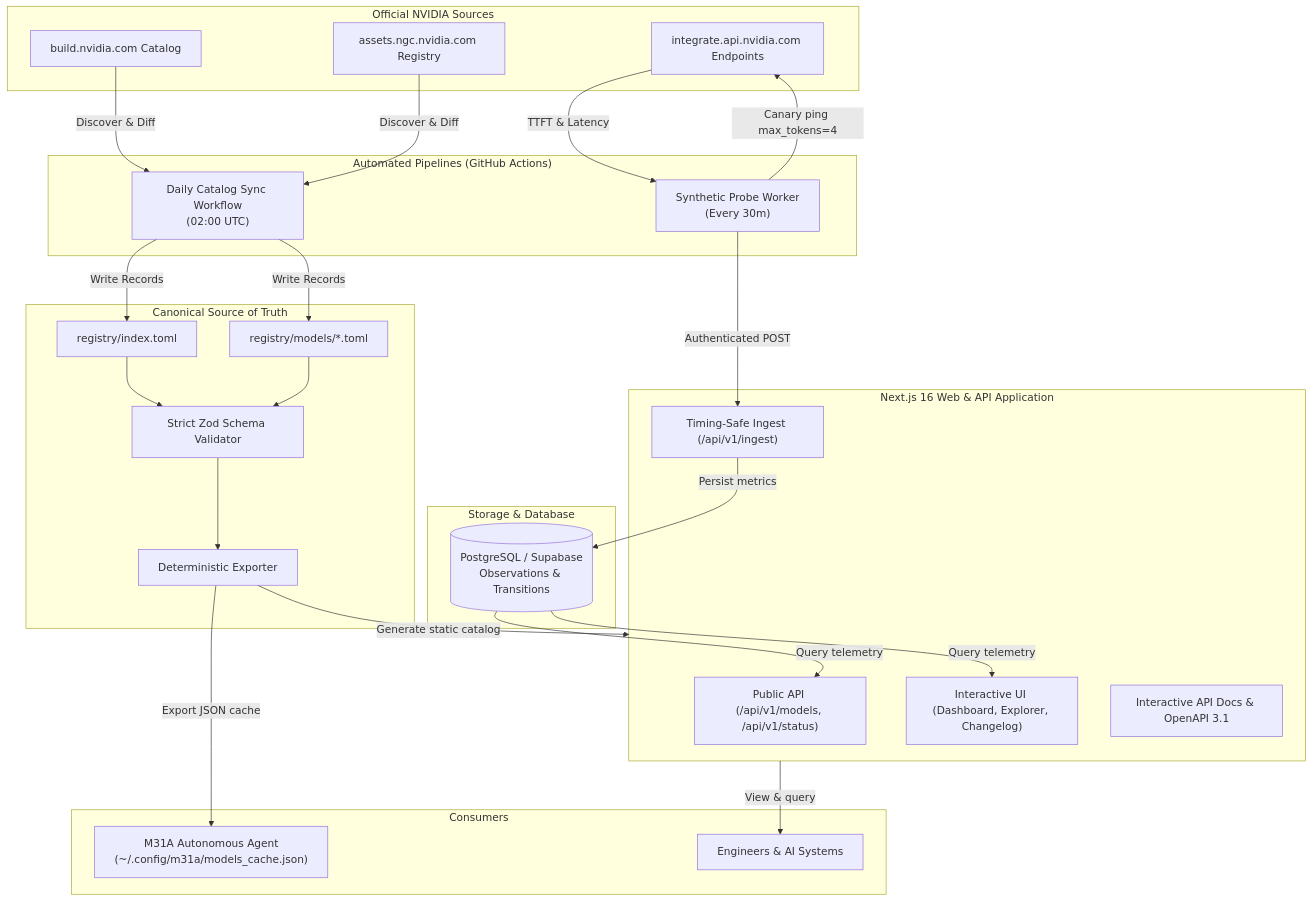
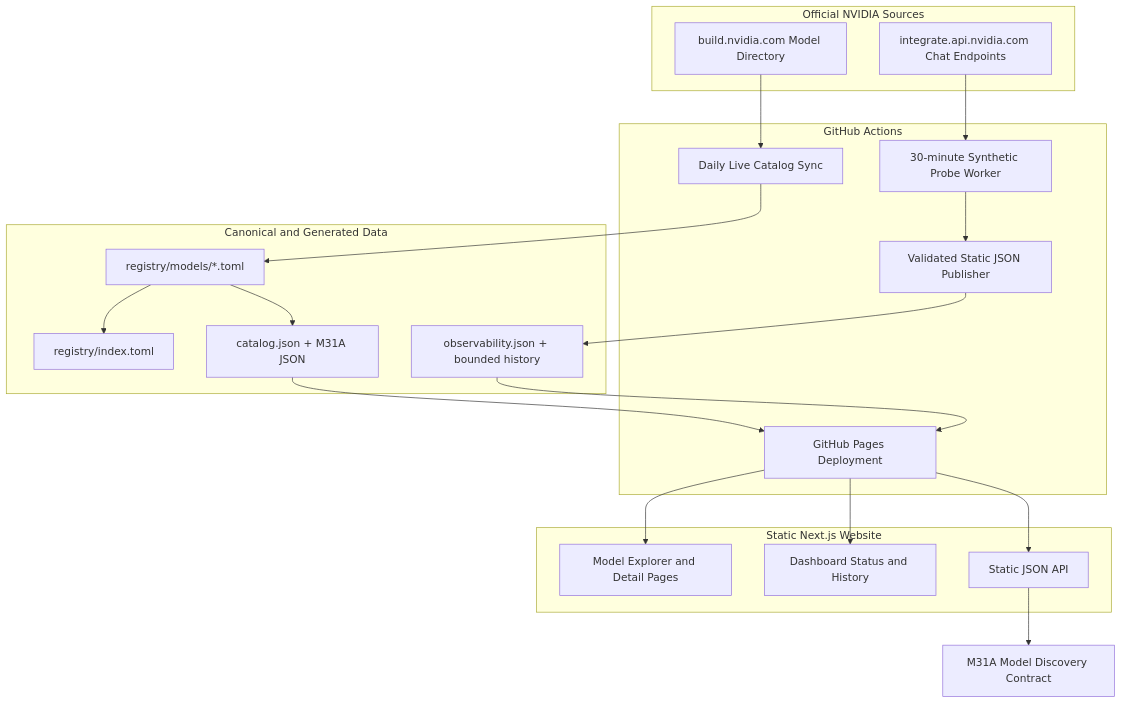
One commit to eshanized/models.m31a.tonmoyinfrastructure.org changed the diagram in README.md. Above: the diagram before and after it, drawn with Mermaid. The commit also changed other lines of this file, not shown here.

Commit message:
docs(readme): document GitHub Pages native monitoring flow

````diff
--- a/README.md
+++ b/README.md
@@ -75,49 +75,38 @@
 ```mermaid
 flowchart TD
     subgraph NVIDIA["Official NVIDIA Sources"]
-        N1["build.nvidia.com Catalog"]
-        N2["assets.ngc.nvidia.com Registry"]
-        N3["integrate.api.nvidia.com Endpoints"]
+        N1["build.nvidia.com Model Directory"]
+        N2["integrate.api.nvidia.com Chat Endpoints"]
     end
 
-    subgraph Pipeline["Automated Pipelines (GitHub Actions)"]
-        W1["Daily Catalog Sync Workflow\n(02:00 UTC)"]
-        W2["Synthetic Probe Worker\n(Every 30m)"]
+    subgraph Actions["GitHub Actions"]
+        W1["Daily Live Catalog Sync"]
+        W2["30-minute Synthetic Probe Worker"]
+        W3["Validated Static JSON Publisher"]
+        W4["GitHub Pages Deployment"]
     end
 
-    subgraph Registry["Canonical Source of Truth"]
-        R1["registry/index.toml"]
-        R2["registry/models/*.toml"]
-        V1["Strict Zod Schema Validator"]
-        E1["Deterministic Exporter"]
+    subgraph Registry["Canonical and Generated Data"]
+        R1["registry/models/*.toml"]
+        R2["registry/index.toml"]
+        J1["catalog.json + M31A JSON"]
+        J2["observability.json + bounded history"]
     end
 
-    subgraph Persistence["Storage & Database"]
-        DB[("PostgreSQL / Supabase\nObservations & Transitions")]
+    subgraph Site["Static Next.js Website"]
+        A1["Model Explorer and Detail Pages"]
+        A2["Dashboard Status and History"]
+        A3["Static JSON API"]
     end
 
-    subgraph Service["Next.js 16 Web & API Application"]
-        A1["Public API (/api/v1/models, /api/v1/status)"]
-        A2["Timing-Safe Ingest (/api/v1/ingest)"]
-        A3["Interactive UI (Dashboard, Explorer, Changelog)"]
-        A4["Interactive API Docs & OpenAPI 3.1"]
-    end
-
-    subgraph Clients["Consumers"]
-        C1["M31A Autonomous Agent\n(~/.config/m31a/models_cache.json)"]
-        C2["Engineers & AI Systems"]
-    end
-
-    N1 & N2 -->|Discover & Diff| W1
-    W1 -->|Write Records| R1 & R2
-    R1 & R2 --> V1 --> E1
-    E1 -->|Generate static catalog| Service
-    E1 -->|Export JSON cache| C1
-
-    W2 -->|Canary ping max_tokens=4| N3
-    N3 -->|TTFT & Latency| W2
-    W2 -->|Authenticated POST| A2
-    A2 -->|Persist metrics| DB
-    DB -->|Query telemetry| A1 & A3
-    Service -->|View & query| C2
+    N1 --> W1 --> R1
+    R1 --> R2
+    R1 --> J1
+    N2 --> W2 --> W3 --> J2
+    J1 --> W4
+    J2 --> W4
+    W4 --> A1
+    W4 --> A2
+    W4 --> A3
+    A3 --> M31A["M31A Model Discovery Contract"]
 ```
````
